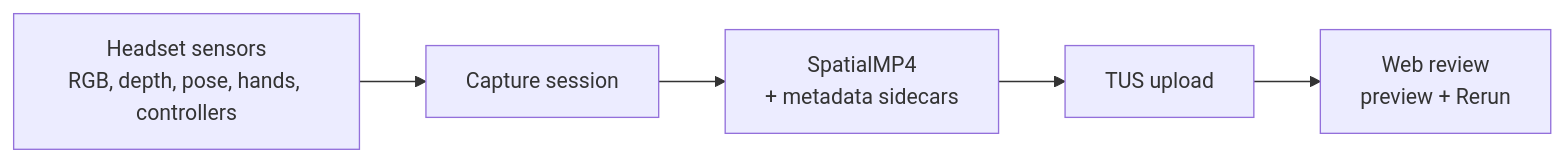
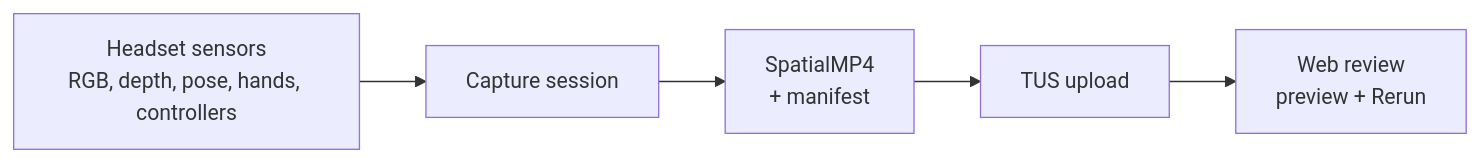
The third of 6 diagrams in README.md (lovemoon-ai/operator), drawn with Mermaid before and after one commit. The commit also changed other lines of this file and 18 other files, not shown here.

````diff
--- a/README.md
+++ b/README.md
@@ -97,10 +97,10 @@
 ```mermaid
 flowchart LR
   Sensors["Headset sensors<br/>RGB, depth, pose, hands, controllers"]
   Session["Capture session"]
-  Artifact["SpatialMP4<br/>+ metadata sidecars"]
+  Artifact["SpatialMP4<br/>+ manifest"]
   Upload["TUS upload"]
   Review["Web review<br/>preview + Rerun"]
 
   Sensors --> Session --> Artifact --> Upload --> Review
 ```
````
